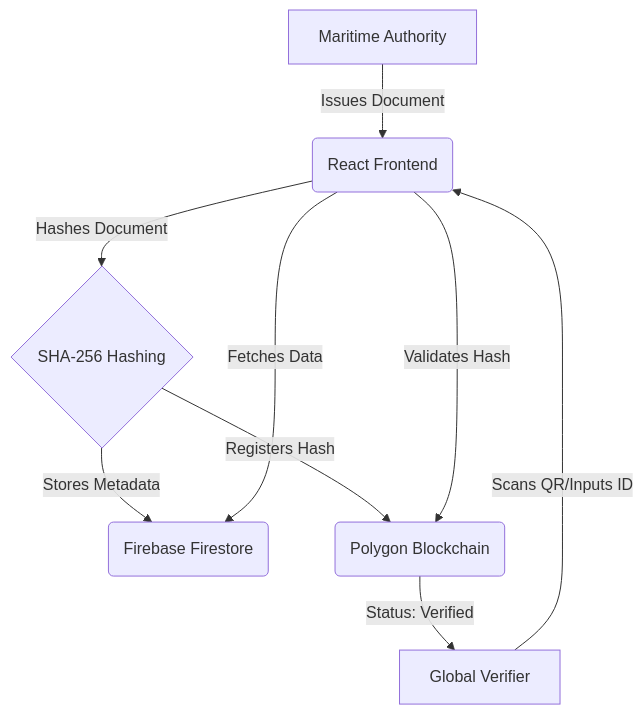
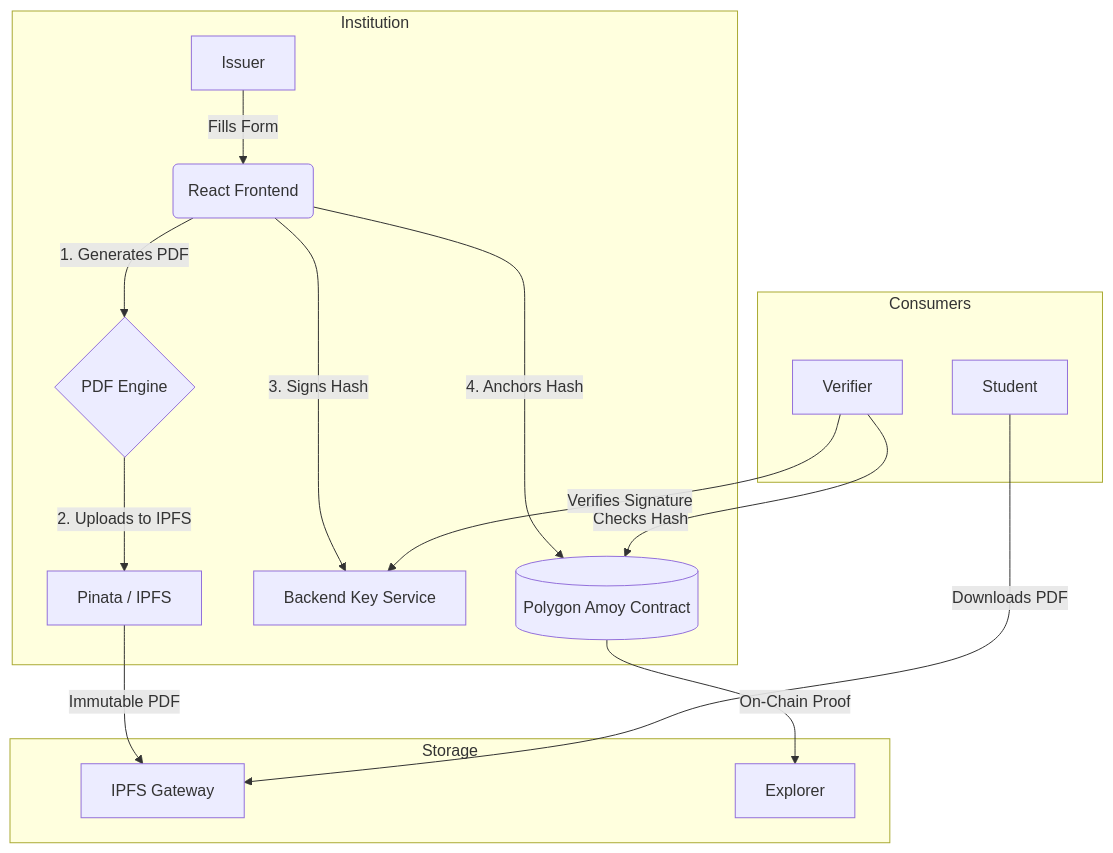
The diagram in README.md (mahendravelagapudi099-wq/MMD), drawn with Mermaid before and after one commit. The commit also changed other lines of this file, not shown here.

````diff
--- a/README.md
+++ b/README.md
@@ -16,11 +35,21 @@
 ```mermaid
 graph TD
-    A[Maritime Authority] -->|Issues Document| B(React Frontend)
-    B -->|Hashes Document| C{SHA-256 Hashing}
-    C -->|Stores Metadata| D(Firebase Firestore)
-    C -->|Registers Hash| E(Polygon Blockchain)
-    F[Global Verifier] -->|Scans QR/Inputs ID| B
-    B -->|Fetches Data| D
-    B -->|Validates Hash| E
-    E -->|Status: Verified| F
+    subgraph Institution
+    A[Issuer] -->|Fills Form| B(React Frontend)
+    B -->|1. Generates PDF| C{PDF Engine}
+    C -->|2. Uploads to IPFS| D[Pinata / IPFS]
+    B -->|3. Signs Hash| E[Backend Key Service]
+    B -->|4. Anchors Hash| F[(Polygon Amoy Contract)]
+    end
+    
+    subgraph Storage
+    D -->|Immutable PDF| G[IPFS Gateway]
+    F -->|On-Chain Proof| H[Explorer]
+    end
+    
+    subgraph Consumers
+    I[Student] -->|Downloads PDF| G
+    J[Verifier] -->|Checks Hash| F
+    J -->|Verifies Signature| E
+    end
 ```
````
